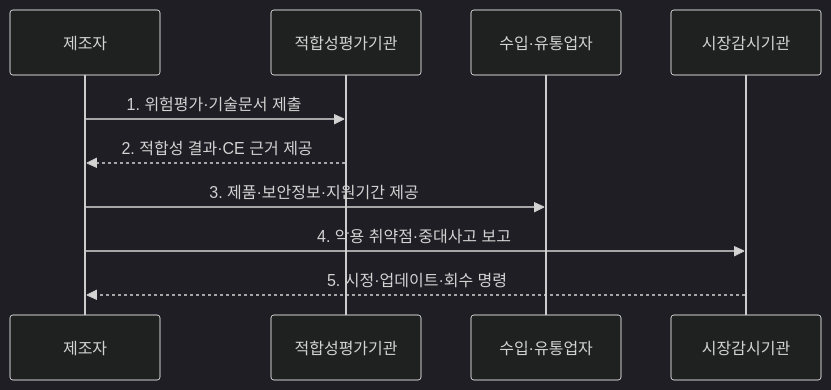
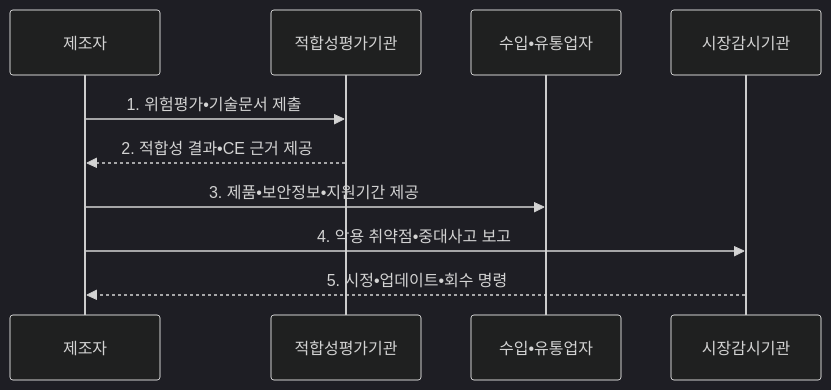
The second of 2 diagrams in src/content/docs/notes/07-law-policy/035_eu_cyber_resilience_act.md (agnusdei1207/knowledge-base), drawn with Mermaid (dark theme) before and after one commit. The commit also changed other lines of this file and 953 other files, not shown here.

````diff
--- a/src/content/docs/notes/07-law-policy/035_eu_cyber_resilience_act.md
+++ b/src/content/docs/notes/07-law-policy/035_eu_cyber_resilience_act.md
@@ -103,12 +103,12 @@
 ```mermaid
 sequenceDiagram
     participant M as 제조자
     participant C as 적합성평가기관
-    participant D as 수입·유통업자
+    participant D as 수입•유통업자
     participant A as 시장감시기관
-    M->>C: 1. 위험평가·기술문서 제출
-    C-->>M: 2. 적합성 결과·CE 근거 제공
-    M->>D: 3. 제품·보안정보·지원기간 제공
-    M->>A: 4. 악용 취약점·중대사고 보고
-    A-->>M: 5. 시정·업데이트·회수 명령
+    M->>C: 1. 위험평가•기술문서 제출
+    C-->>M: 2. 적합성 결과•CE 근거 제공
+    M->>D: 3. 제품•보안정보•지원기간 제공
+    M->>A: 4. 악용 취약점•중대사고 보고
+    A-->>M: 5. 시정•업데이트•회수 명령
 ```
````
